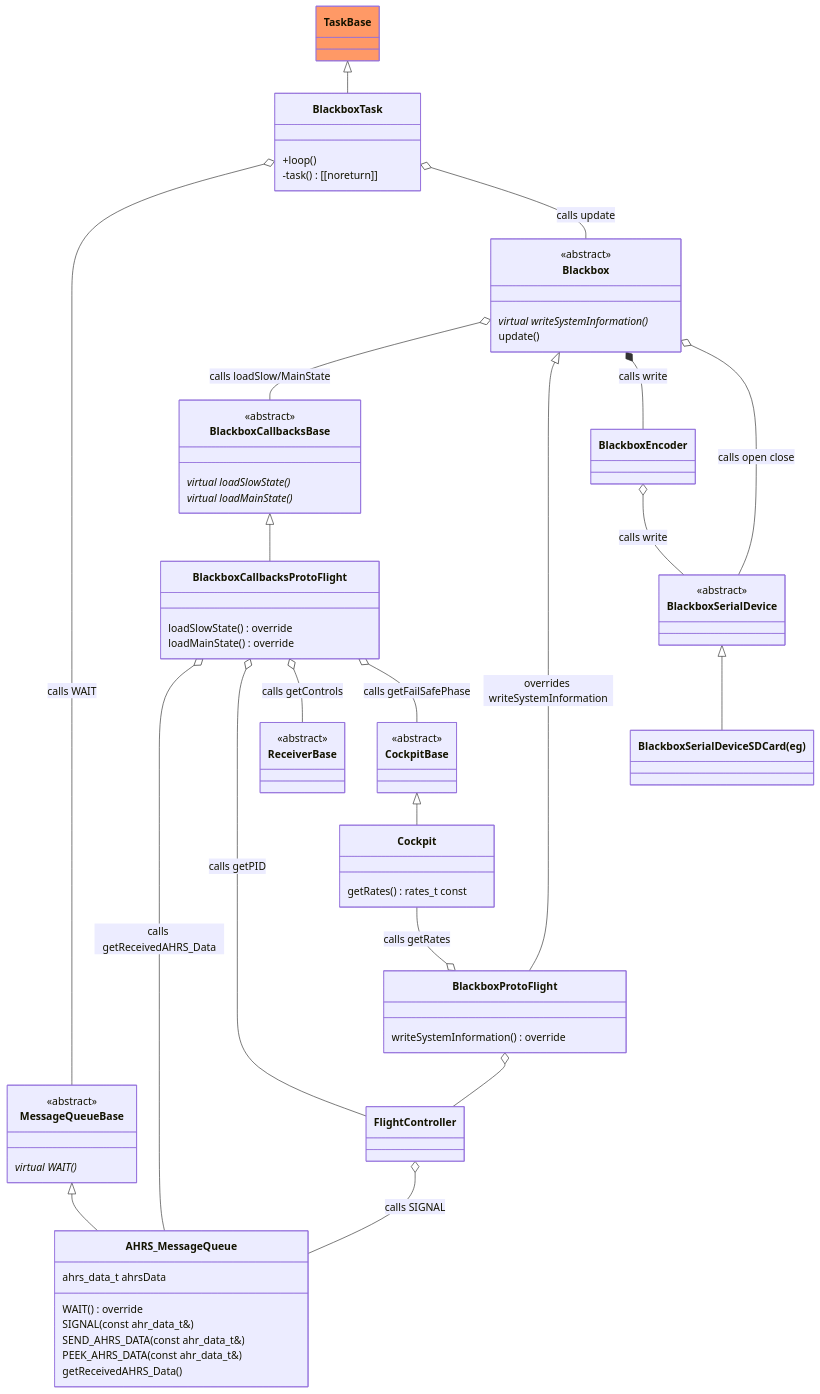
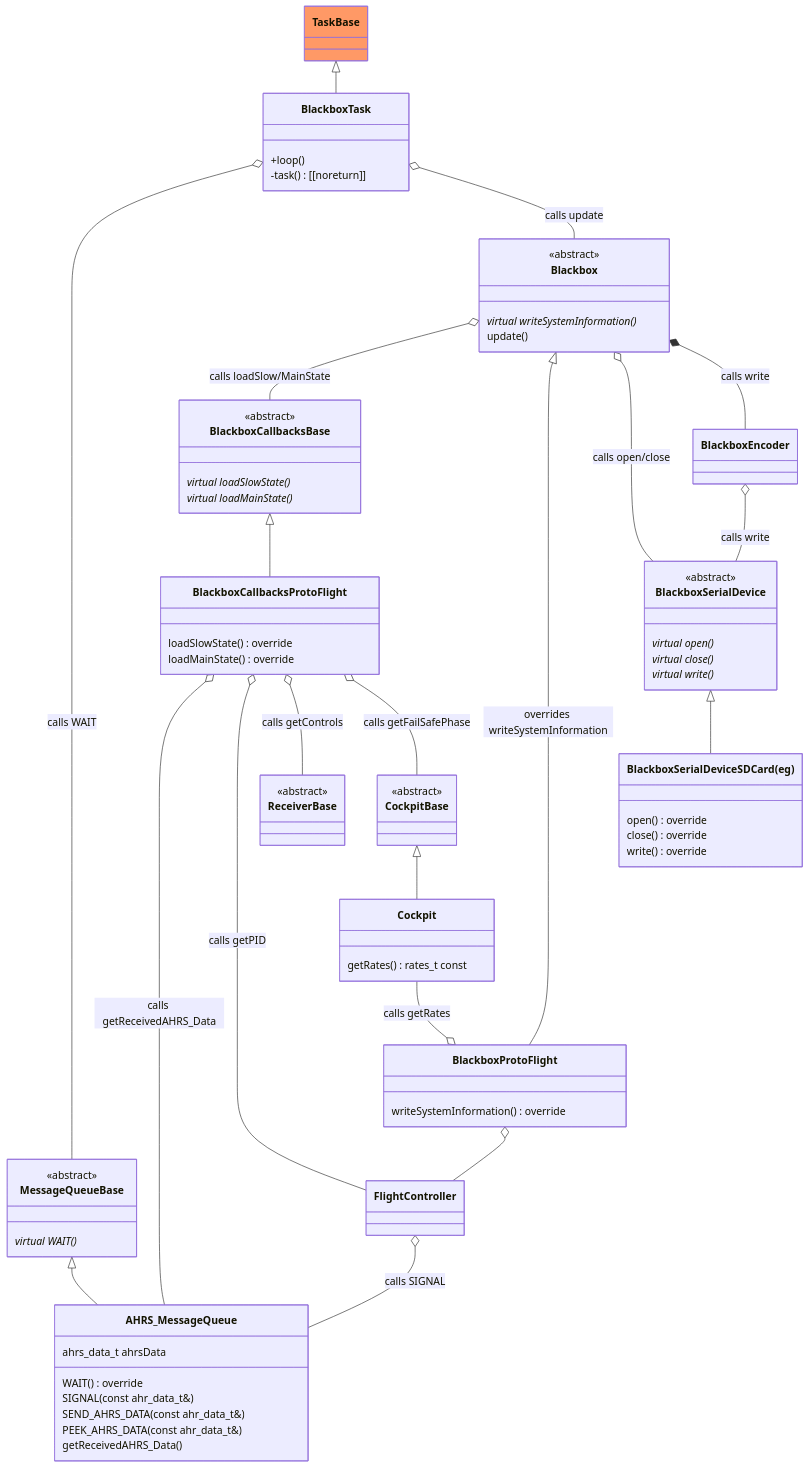
One commit to martinbudden/Protoflight changed the third of 6 diagrams in README.md. Above: the diagram before and after it, drawn with Mermaid.

```diff
--- a/README.md
+++ b/README.md
@@ -823,8 +823,8 @@
 
     Blackbox o-- BlackboxCallbacksBase : calls loadSlow/MainState
     Blackbox <|-- BlackboxProtoFlight : overrides writeSystemInformation
+    Blackbox o-- BlackboxSerialDevice : calls open/close
     Blackbox *-- BlackboxEncoder : calls write
-    Blackbox o-- BlackboxSerialDevice : calls open close
     %%BlackboxEncoder --* Blackbox : calls write
     %%BlackboxSerialDevice --o Blackbox : calls open close
     BlackboxEncoder o-- BlackboxSerialDevice : calls write
@@ -851,9 +851,17 @@
 
     class BlackboxSerialDevice {
         <<abstract>>
+        virtual open() *
+        virtual close() *
+        virtual write() *
     }
     link BlackboxSerialDevice "https://github.com/martinbudden/Library-Blackbox/blob/main/src/BlackboxSerialDevice.h"
-    class BlackboxSerialDeviceSDCard["BlackboxSerialDeviceSDCard(eg)"]
+    class BlackboxSerialDeviceSDCard["BlackboxSerialDeviceSDCard(eg)"] {
+        open() override
+        close() override
+        write() override
+    }
+    link BlackboxSerialDevice "https://github.com/martinbudden/Library-Blackbox/blob/main/src/BlackboxSerialDeviceSDCard.h"
     BlackboxSerialDevice <|-- BlackboxSerialDeviceSDCard
 
     classDef taskClass fill:#f96
```
